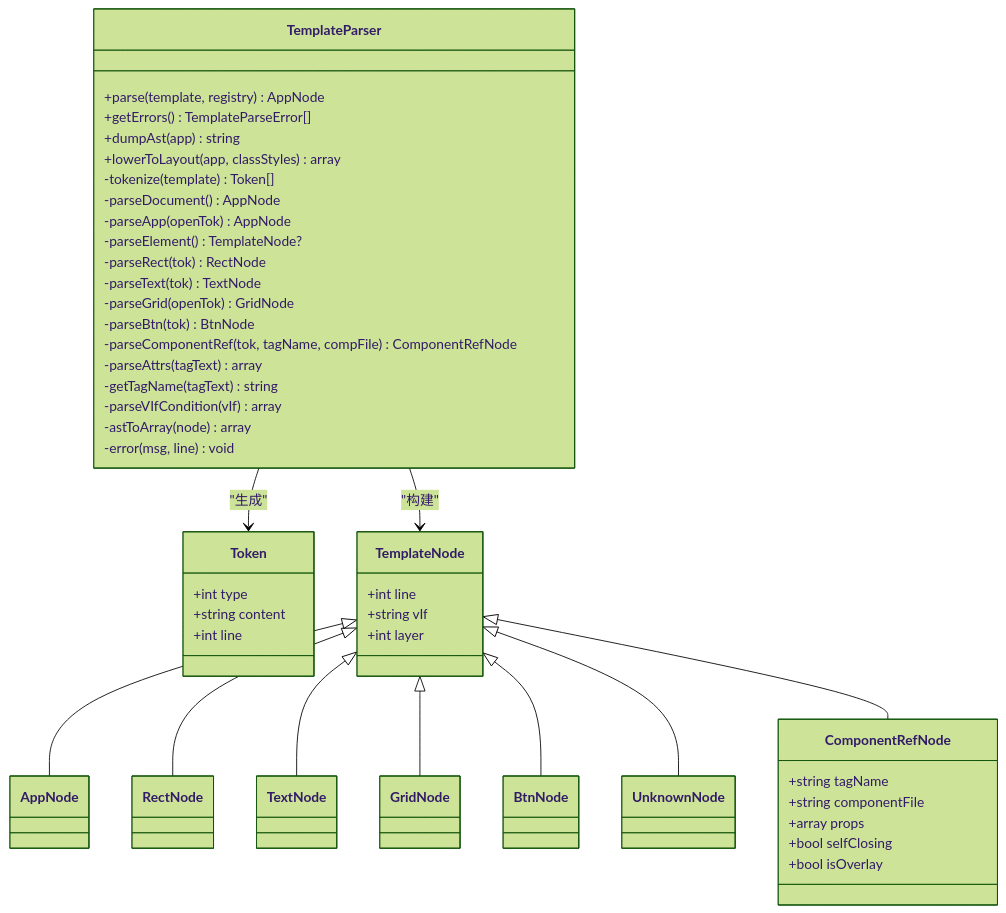
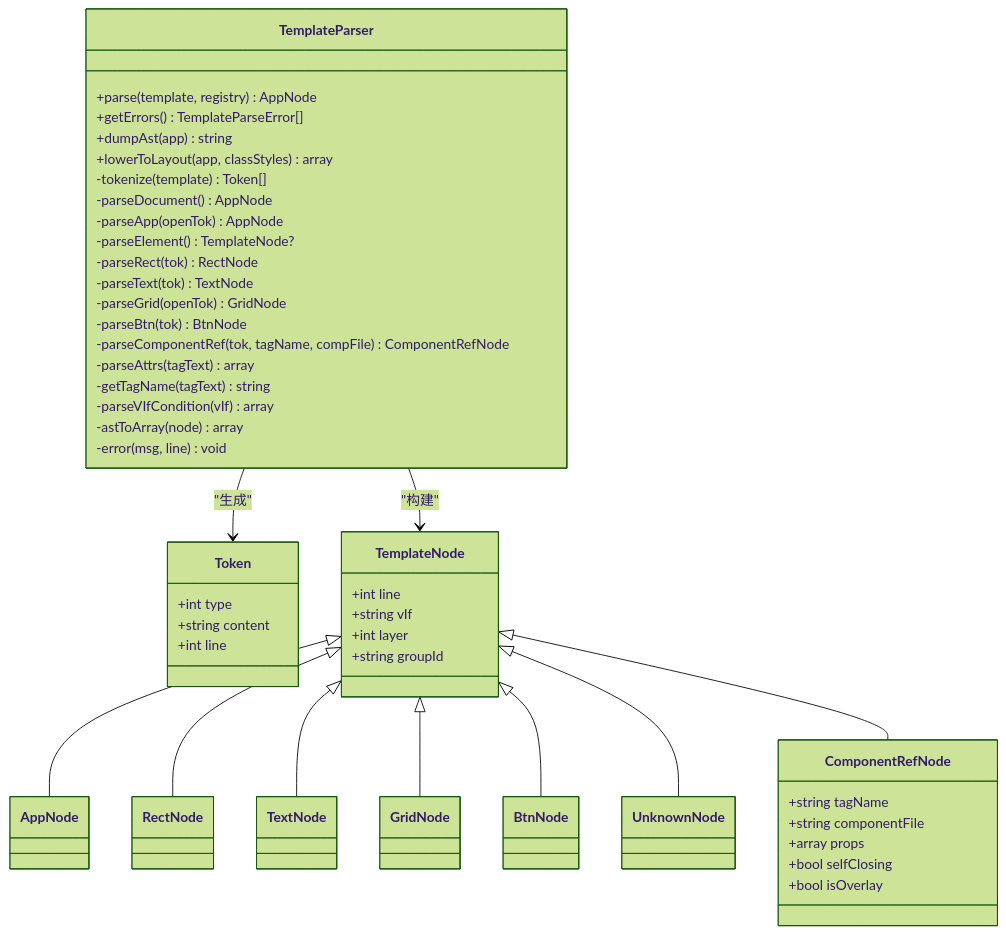
One commit to xingye00186/PHP-Data-UI-Framework-powered-by-swooleAOT changed the third of 13 diagrams in .qoder/repowiki/zh/content/SFC编译器系统/SFC编译器系统.md. Above: the diagram before and after it, drawn with Mermaid (forest theme). The commit also changed other lines of this file and 37 other files, not shown here.

````diff
--- a/.qoder/repowiki/zh/content/SFC编译器系统/SFC编译器系统.md
+++ b/.qoder/repowiki/zh/content/SFC编译器系统/SFC编译器系统.md
@@ -183,55 +191,56 @@
 ```mermaid
 classDiagram
 class TemplateParser {
 +parse(template, registry) AppNode
 +getErrors() TemplateParseError[]
 +dumpAst(app) string
 +lowerToLayout(app, classStyles) array
 -tokenize(template) Token[]
 -parseDocument() AppNode
 -parseApp(openTok) AppNode
 -parseElement() TemplateNode?
 -parseRect(tok) RectNode
 -parseText(tok) TextNode
 -parseGrid(openTok) GridNode
 -parseBtn(tok) BtnNode
 -parseComponentRef(tok, tagName, compFile) ComponentRefNode
 -parseAttrs(tagText) array
 -getTagName(tagText) string
 -parseVIfCondition(vIf) array
 -astToArray(node) array
 -error(msg, line) void
 }
 class Token {
 +int type
 +string content
 +int line
 }
 class TemplateNode {
 +int line
 +string vIf
 +int layer
++string groupId
 }
 class AppNode
 class RectNode
 class TextNode
 class GridNode
 class BtnNode
 class UnknownNode
 class ComponentRefNode {
 +string tagName
 +string componentFile
 +array props
 +bool selfClosing
 +bool isOverlay
 }
 TemplateParser --> Token : "生成"
 TemplateParser --> TemplateNode : "构建"
 TemplateNode <|-- AppNode
 TemplateNode <|-- RectNode
 TemplateNode <|-- TextNode
 TemplateNode <|-- GridNode
 TemplateNode <|-- BtnNode
 TemplateNode <|-- UnknownNode
 TemplateNode <|-- ComponentRefNode
 ```
````
